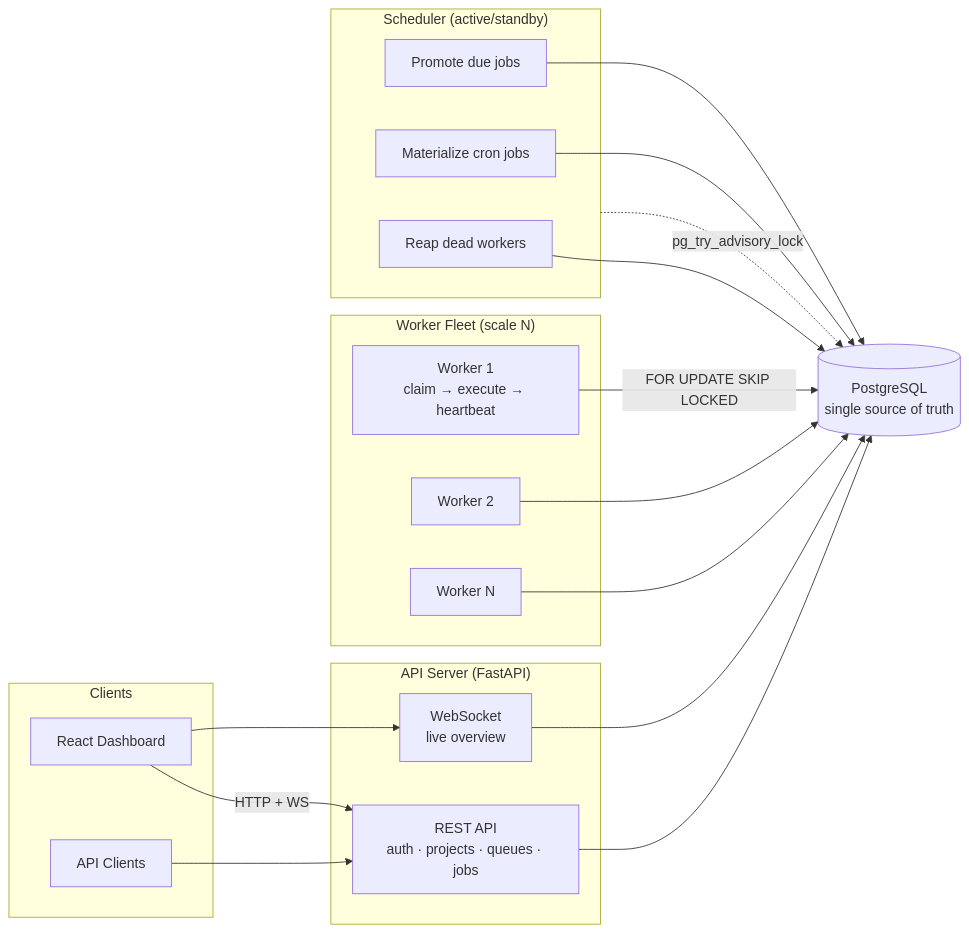
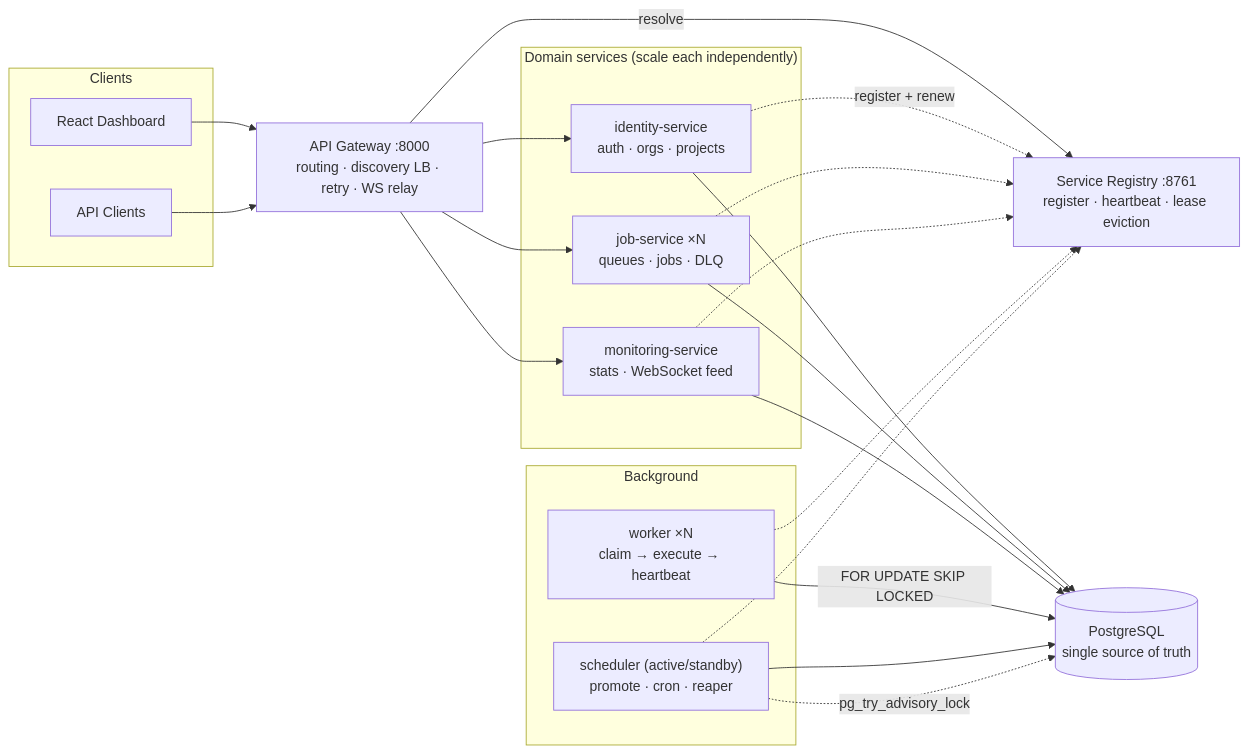
Before and after one commit to Tarunkumar060106/distributed-job-scheduler: the first of 2 diagrams in docs/architecture.md, drawn with Mermaid. The commit also changed other lines of this file and 12 other files, not shown here.

Commit message:
feat(platform): api gateway and eureka-style service discovery with identity/job/monitoring services

````diff
--- a/docs/architecture.md
+++ b/docs/architecture.md
@@ -3,39 +5,41 @@
 ```mermaid
 flowchart LR
     subgraph Clients
         UI[React Dashboard]
         CLI[API Clients]
     end
 
-    subgraph API["API Server (FastAPI)"]
-        REST[REST API<br/>auth · projects · queues · jobs]
-        WS[WebSocket<br/>live overview]
+    GW["API Gateway :8000<br/>routing · discovery LB · retry · WS relay"]
+    REG["Service Registry :8761<br/>register · heartbeat · lease eviction"]
+
+    subgraph Services["Domain services (scale each independently)"]
+        IDS["identity-service<br/>auth · orgs · projects"]
+        JS1["job-service ×N<br/>queues · jobs · DLQ"]
+        MON["monitoring-service<br/>stats · WebSocket feed"]
     end
 
-    subgraph Workers["Worker Fleet (scale N)"]
-        W1[Worker 1<br/>claim → execute → heartbeat]
-        W2[Worker 2]
-        WN[Worker N]
-    end
-
-    subgraph Scheduler["Scheduler (active/standby)"]
-        PROM[Promote due jobs]
-        CRON[Materialize cron jobs]
-        REAP[Reap dead workers]
+    subgraph Background
+        W1["worker ×N<br/>claim → execute → heartbeat"]
+        SCH["scheduler (active/standby)<br/>promote · cron · reaper"]
     end
 
     PG[(PostgreSQL<br/>single source of truth)]
 
-    UI -->|HTTP + WS| REST
-    UI --> WS
-    CLI --> REST
-    REST --> PG
-    WS --> PG
+    UI --> GW
+    CLI --> GW
+    GW -->|resolve| REG
+    IDS -.->|register + renew| REG
+    JS1 -.-> REG
+    MON -.-> REG
+    W1 -.-> REG
+    SCH -.-> REG
+    GW --> IDS
+    GW --> JS1
+    GW --> MON
+    IDS --> PG
+    JS1 --> PG
+    MON --> PG
     W1 -->|FOR UPDATE SKIP LOCKED| PG
-    W2 --> PG
-    WN --> PG
-    PROM --> PG
-    CRON --> PG
-    REAP --> PG
-    Scheduler -.->|pg_try_advisory_lock| PG
+    SCH --> PG
+    SCH -.->|pg_try_advisory_lock| PG
 ```
````
